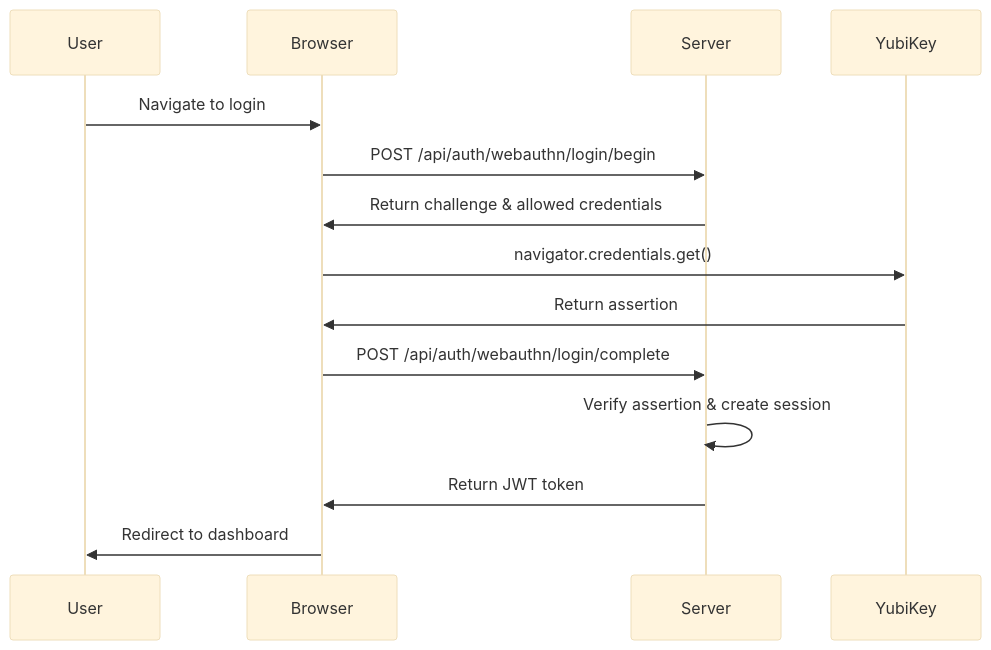
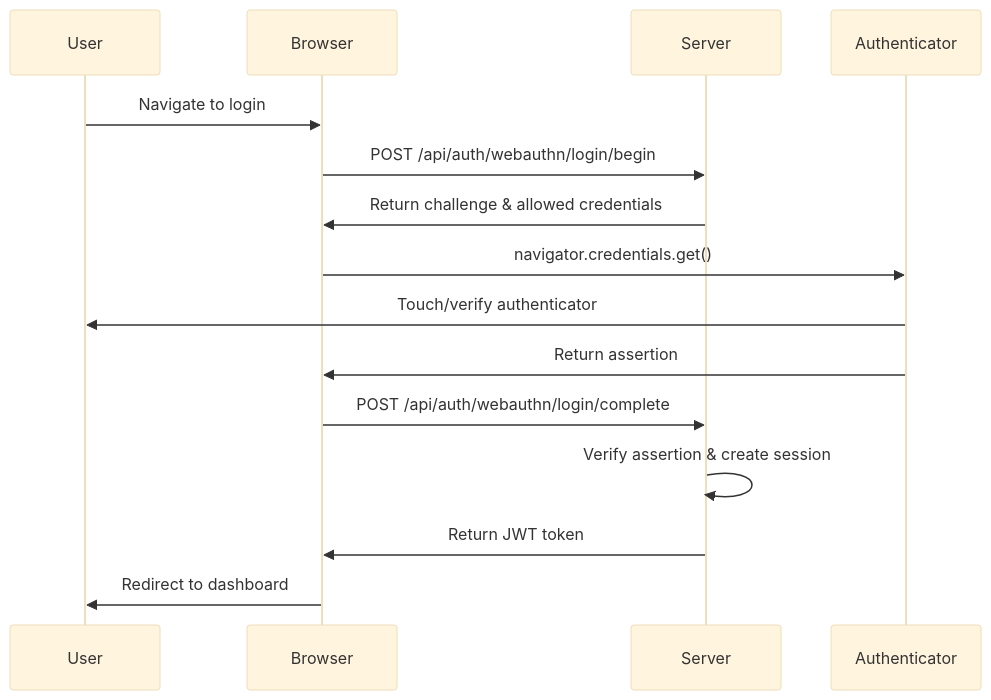
Before and after one commit to c39018084/yublog: the second of 2 diagrams in docs/TECHNICAL_DESIGN.md, drawn with Mermaid (base theme). The commit also changed other lines of this file, not shown here.

Commit message:
Update technical documentation to reflect current project state - Remove QR code references, focus on WebAuthn implementation, update database schema

````diff
--- a/docs/TECHNICAL_DESIGN.md
+++ b/docs/TECHNICAL_DESIGN.md
@@ -616,17 +538,18 @@
 ```mermaid
 sequenceDiagram
     participant U as User
     participant B as Browser
     participant S as Server
-    participant Y as YubiKey
+    participant A as Authenticator
     
     U->>B: Navigate to login
     B->>S: POST /api/auth/webauthn/login/begin
     S->>B: Return challenge & allowed credentials
-    B->>Y: navigator.credentials.get()
-    Y->>B: Return assertion
+    B->>A: navigator.credentials.get()
+    A->>U: Touch/verify authenticator
+    A->>B: Return assertion
     B->>S: POST /api/auth/webauthn/login/complete
     S->>S: Verify assertion & create session
     S->>B: Return JWT token
     B->>U: Redirect to dashboard
 ```
````
